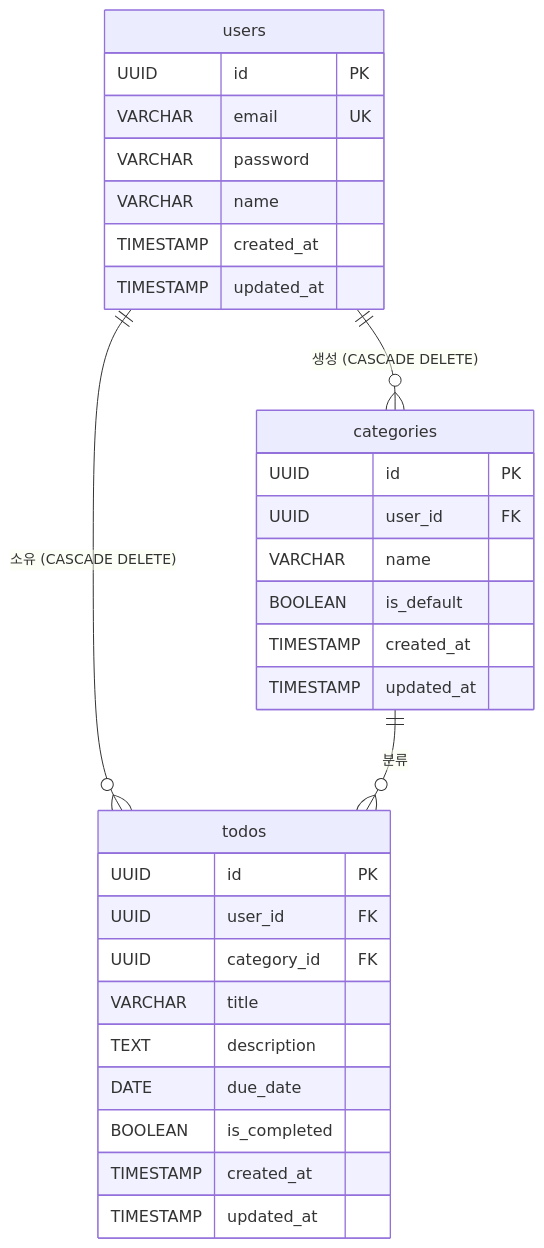
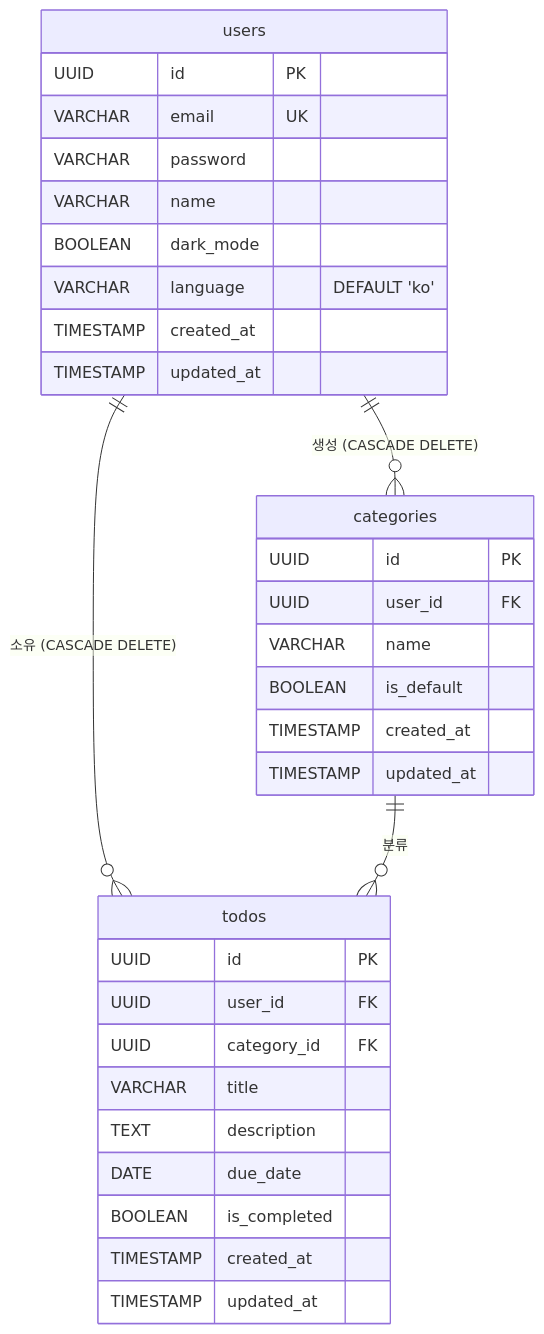
Before and after one commit to oxffkode-hue/todolist-app: the fifth of 6 diagrams in docs/5-arch-diagram.md, drawn with Mermaid. The commit also changed other lines of this file and 147 other files, not shown here.

````diff
--- a/docs/5-arch-diagram.md
+++ b/docs/5-arch-diagram.md
@@ -105,36 +110,38 @@
 ```mermaid
 erDiagram
     users {
         UUID id PK
         VARCHAR email UK
         VARCHAR password
         VARCHAR name
+        BOOLEAN dark_mode
+        VARCHAR language "DEFAULT 'ko'"
         TIMESTAMP created_at
         TIMESTAMP updated_at
     }
 
     categories {
         UUID id PK
         UUID user_id FK
         VARCHAR name
         BOOLEAN is_default
         TIMESTAMP created_at
         TIMESTAMP updated_at
     }
 
     todos {
         UUID id PK
         UUID user_id FK
         UUID category_id FK
         VARCHAR title
         TEXT description
         DATE due_date
         BOOLEAN is_completed
         TIMESTAMP created_at
         TIMESTAMP updated_at
     }
 
     users ||--o{ todos : "소유 (CASCADE DELETE)"
     users ||--o{ categories : "생성 (CASCADE DELETE)"
     categories ||--o{ todos : "분류"
 ```
````
